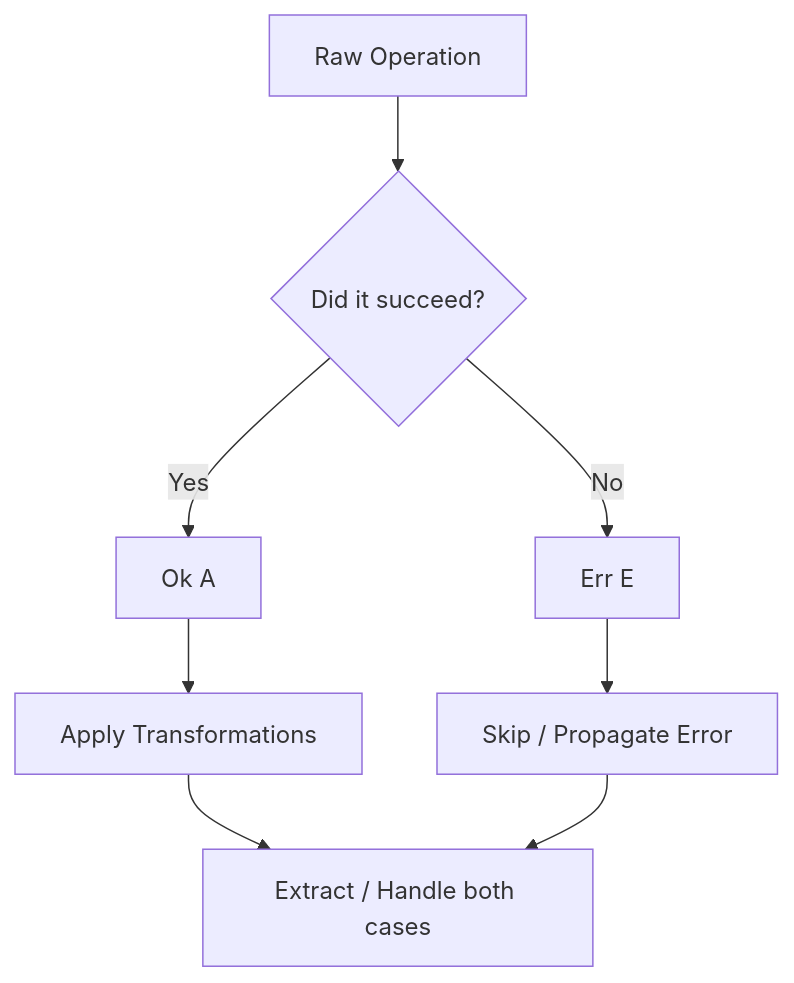
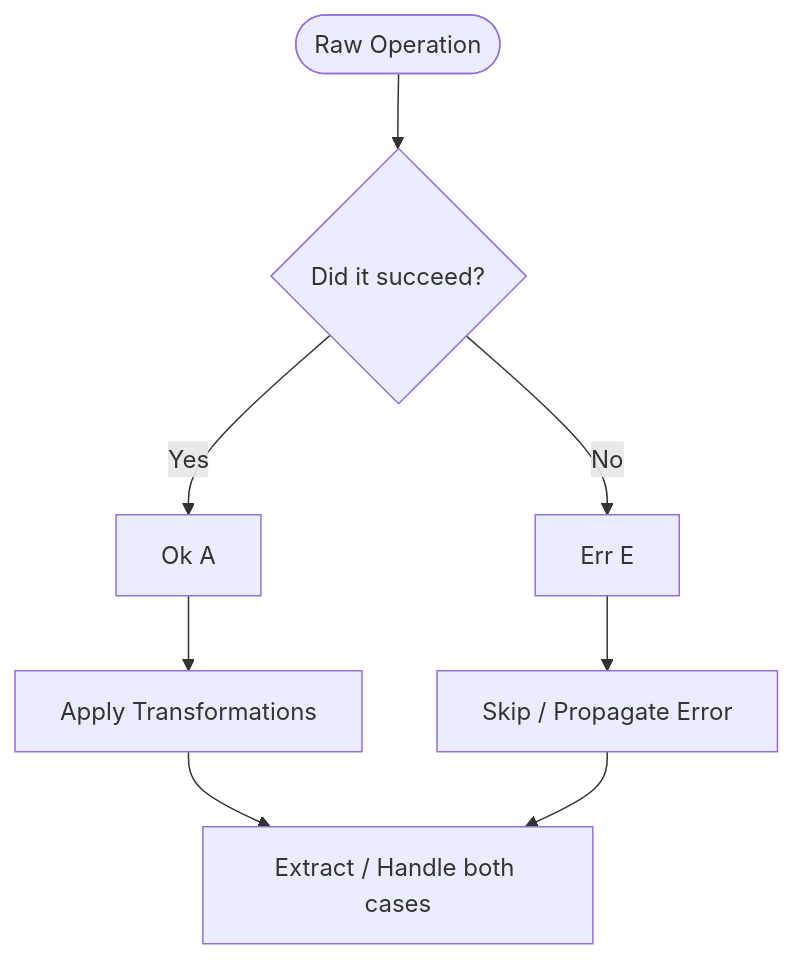
One commit to nlozgachev/pipelined changed the diagram in docs/src/content/docs/guides/result.md. Above: the diagram before and after it, drawn with Mermaid. The commit also changed other lines of this file and 32 other files, not shown here.

Commit message:
docs: rework reading flow, v0.62.0

````diff
--- a/docs/src/content/docs/guides/result.md
+++ b/docs/src/content/docs/guides/result.md
@@ -21,12 +21,12 @@
 ```mermaid
 flowchart TD
-    Raw[Raw Operation] --> Choice{Did it succeed?}
+    Input([Raw Operation]) --> Choice{Did it succeed?}
     Choice -->|Yes| Ok[Ok A]
     Choice -->|No| Err[Err E]
 
     Ok --> Map[Apply Transformations]
     Err --> Skip[Skip / Propagate Error]
 
     Map --> Edge[Extract / Handle both cases]
     Skip --> Edge
 ```
````
